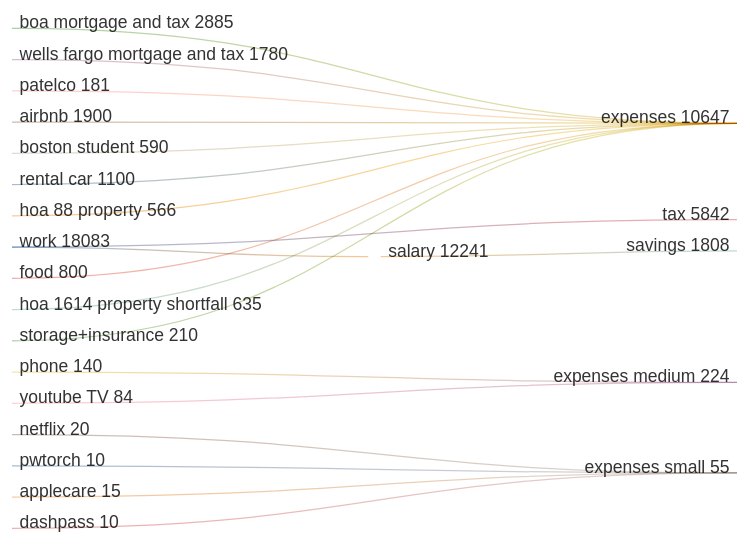
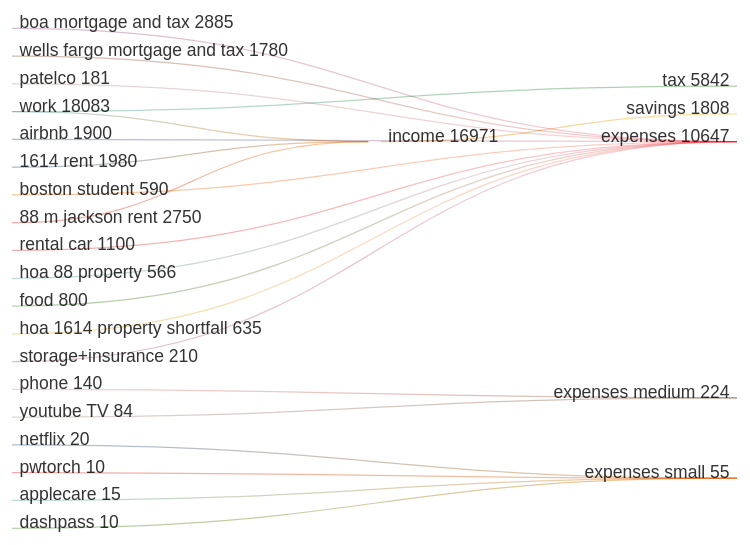
The second of 9 diagrams in README.md (sarnobat/mermaid), drawn with Mermaid before and after one commit.

````diff
--- a/README.md
+++ b/README.md
@@ -114,27 +114,29 @@
 ```mermaid
 ---
 config:
   sankey:
     showValues: true
 ---
 sankey-beta
-work,salary,12241
+1614 rent,income,1980
+88 m jackson rent, income,2750
+work,income,12241
 work,tax,5842
-salary,savings,1808
+income,savings,1808
 boa mortgage and tax,expenses,2885
 wells fargo mortgage and tax,expenses,1780
 patelco,expenses,181
 airbnb,expenses,1900
 boston student,expenses,590
 rental car,expenses,1100
 hoa 88 property,expenses,566
 food,expenses,800
 hoa 1614 property shortfall,expenses,635
 storage+insurance,expenses,210
 phone,expenses medium,140
 youtube TV,expenses medium,84
 netflix,expenses small,20
 pwtorch,expenses small,10
 applecare,expenses small,15
 dashpass,expenses small,10
 ```
````
